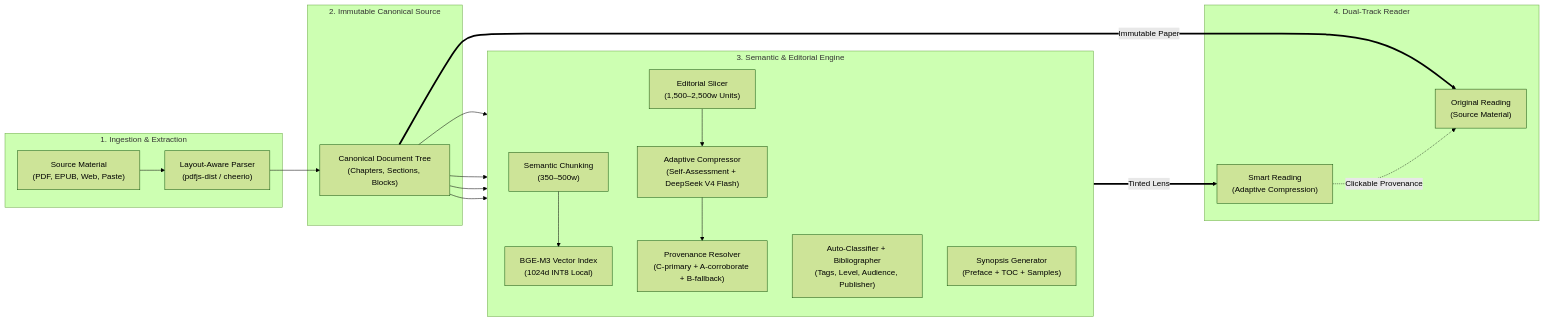
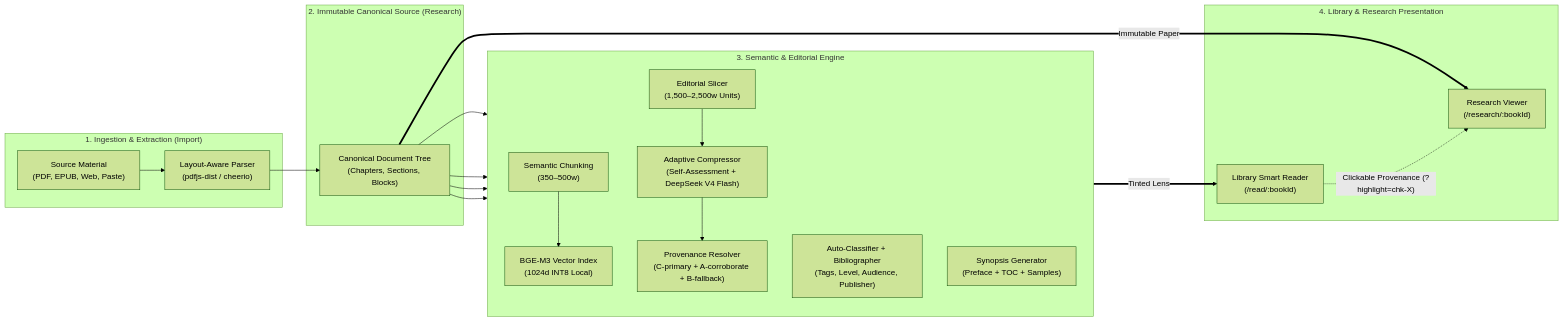
The diagram in README.md (avengersvstheflash/Smart-Reader), drawn with Mermaid (forest theme) before and after one commit. The commit also changed other lines of this file and 1 other file, not shown here.

````diff
--- a/README.md
+++ b/README.md
@@ -111,35 +121,35 @@
 ```mermaid
 flowchart LR
-    subgraph INGESTION [" 1. Ingestion & Extraction "]
+    subgraph INGESTION [" 1. Ingestion & Extraction (Import) "]
         RawDoc["Source Material\n(PDF, EPUB, Web, Paste)"]
         Parser["Layout-Aware Parser\n(pdfjs-dist / cheerio)"]
         RawDoc --> Parser
     end
 
-    subgraph CANONICAL [" 2. Immutable Canonical Source "]
+    subgraph CANONICAL [" 2. Immutable Canonical Source (Research) "]
         Canon["Canonical Document Tree\n(Chapters, Sections, Blocks)"]
         Parser --> Canon
     end
 
     subgraph PIPELINE [" 3. Semantic & Editorial Engine "]
         direction TB
         Chunker["Semantic Chunking\n(350–500w)"]
         Embedder["BGE-M3 Vector Index\n(1024d INT8 Local)"]
         Classifier["Auto-Classifier + Bibliographer\n(Tags, Level, Audience, Publisher)"]
         Synopsis["Synopsis Generator\n(Preface + TOC + Samples)"]
         Planner["Editorial Slicer\n(1,500–2,500w Units)"]
         Compressor["Adaptive Compressor\n(Self-Assessment + DeepSeek V4 Flash)"]
         ProvResolver["Provenance Resolver\n(C-primary + A-corroborate + B-fallback)"]
 
         Canon --> Chunker --> Embedder
         Canon --> Classifier
         Canon --> Synopsis
         Canon --> Planner --> Compressor --> ProvResolver
     end
 
-    subgraph PRESENTATION [" 4. Dual-Track Reader "]
-        Canon ===>|"Immutable Paper"| OrigReading["Original Reading\n(Source Material)"]
-        ProvResolver ===>|"Tinted Lens"| SmartReading["Smart Reading\n(Adaptive Compression)"]
-        SmartReading -.->|"Clickable Provenance"| OrigReading
+    subgraph PRESENTATION [" 4. Library & Research Presentation "]
+        Canon ===>|"Immutable Paper"| ResearchViewer["Research Viewer\n(/research/:bookId)"]
+        ProvResolver ===>|"Tinted Lens"| LibraryReader["Library Smart Reader\n(/read/:bookId)"]
+        LibraryReader -.->|"Clickable Provenance (?highlight=chk-X)"| ResearchViewer
     end
 ```
````
